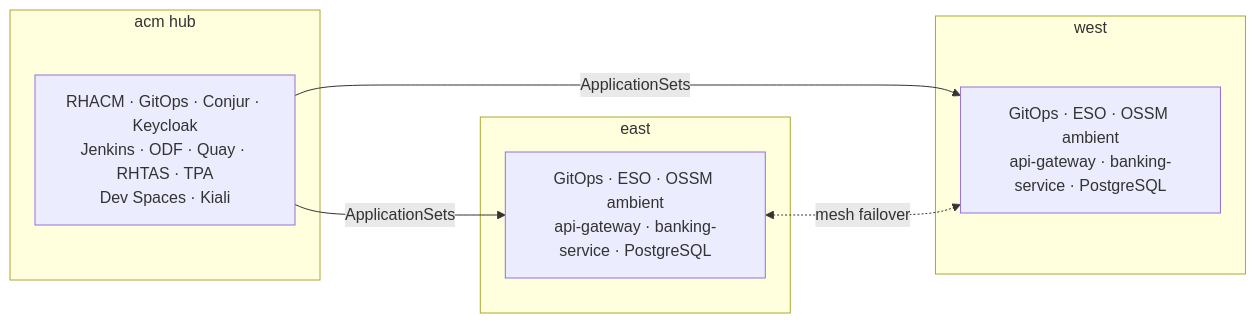
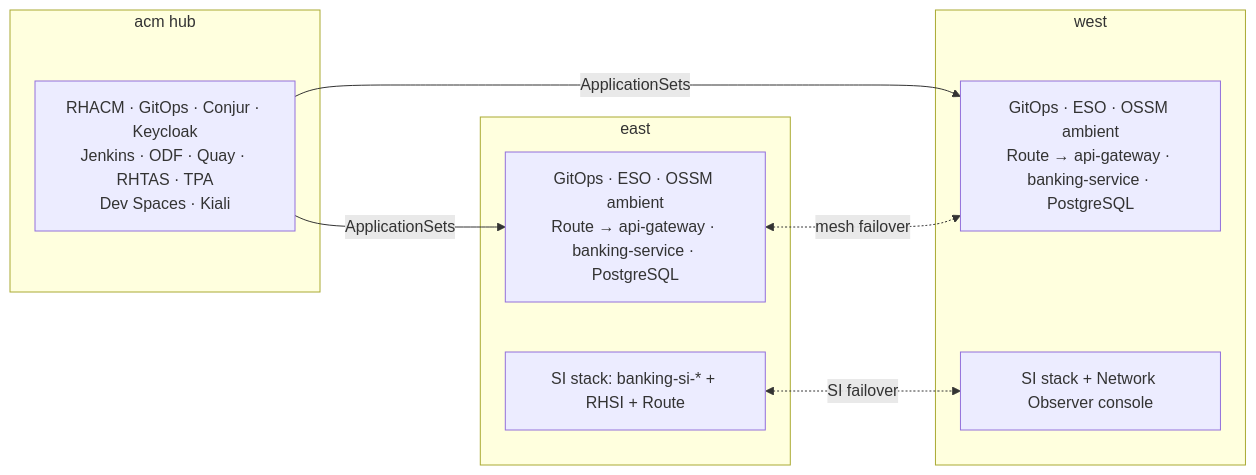
One commit to panchoraposo/demo-spring changed the diagram in README.md. Above: the diagram before and after it, drawn with Mermaid. The commit also changed other lines of this file and 74 other files, not shown here.

First line of the commit message:
Add Service Interconnect failover demo using OpenShift Routes.

````diff
--- a/README.md
+++ b/README.md
@@ -13,15 +15,18 @@
 ```mermaid
 flowchart LR
   subgraph acm ["acm hub"]
     HubSvc["RHACM · GitOps · Conjur · Keycloak<br/>Jenkins · ODF · Quay · RHTAS · TPA<br/>Dev Spaces · Kiali"]
   end
   subgraph east ["east"]
-    EastSvc["GitOps · ESO · OSSM ambient<br/>api-gateway · banking-service · PostgreSQL"]
+    EastSvc["GitOps · ESO · OSSM ambient<br/>Route → api-gateway · banking-service · PostgreSQL"]
+    EastSI["SI stack: banking-si-* + RHSI + Route"]
   end
   subgraph west ["west"]
-    WestSvc["GitOps · ESO · OSSM ambient<br/>api-gateway · banking-service · PostgreSQL"]
+    WestSvc["GitOps · ESO · OSSM ambient<br/>Route → api-gateway · banking-service · PostgreSQL"]
+    WestSI["SI stack + Network Observer console"]
   end
   HubSvc -->|ApplicationSets| EastSvc
   HubSvc -->|ApplicationSets| WestSvc
   EastSvc <-.->|mesh failover| WestSvc
+  EastSI <-.->|SI failover| WestSI
 ```
````
